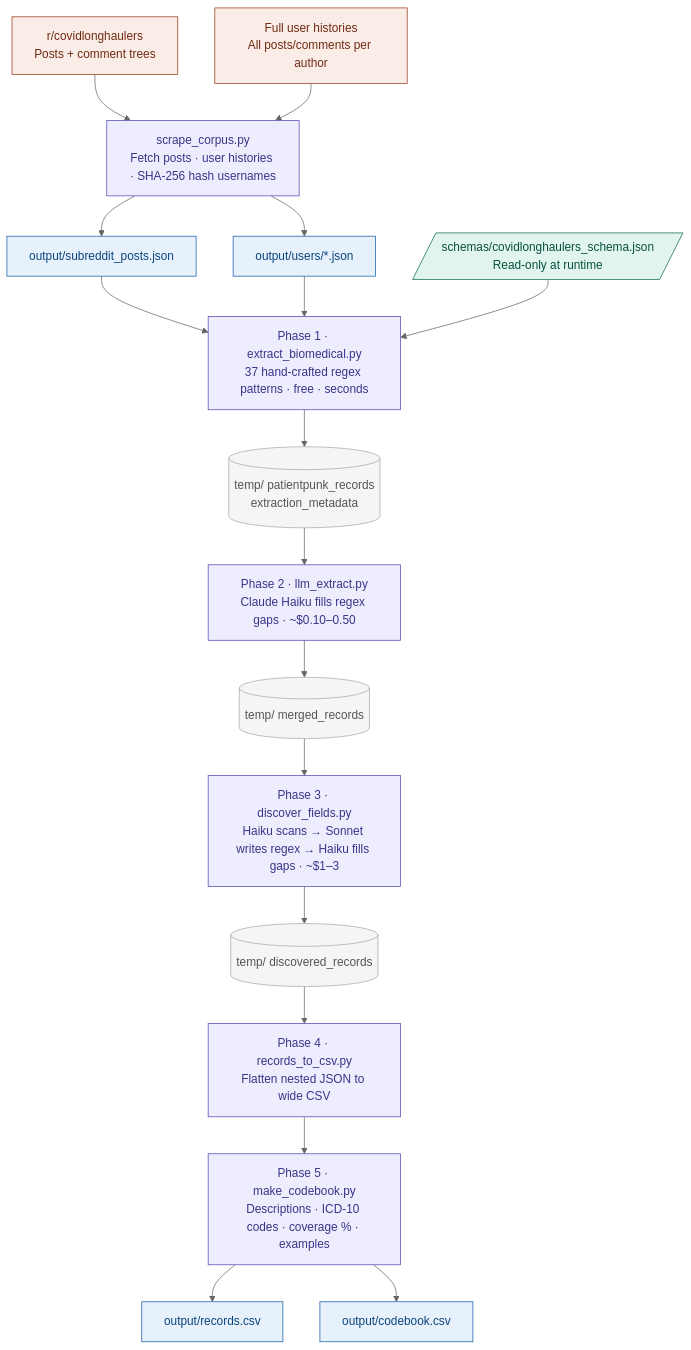
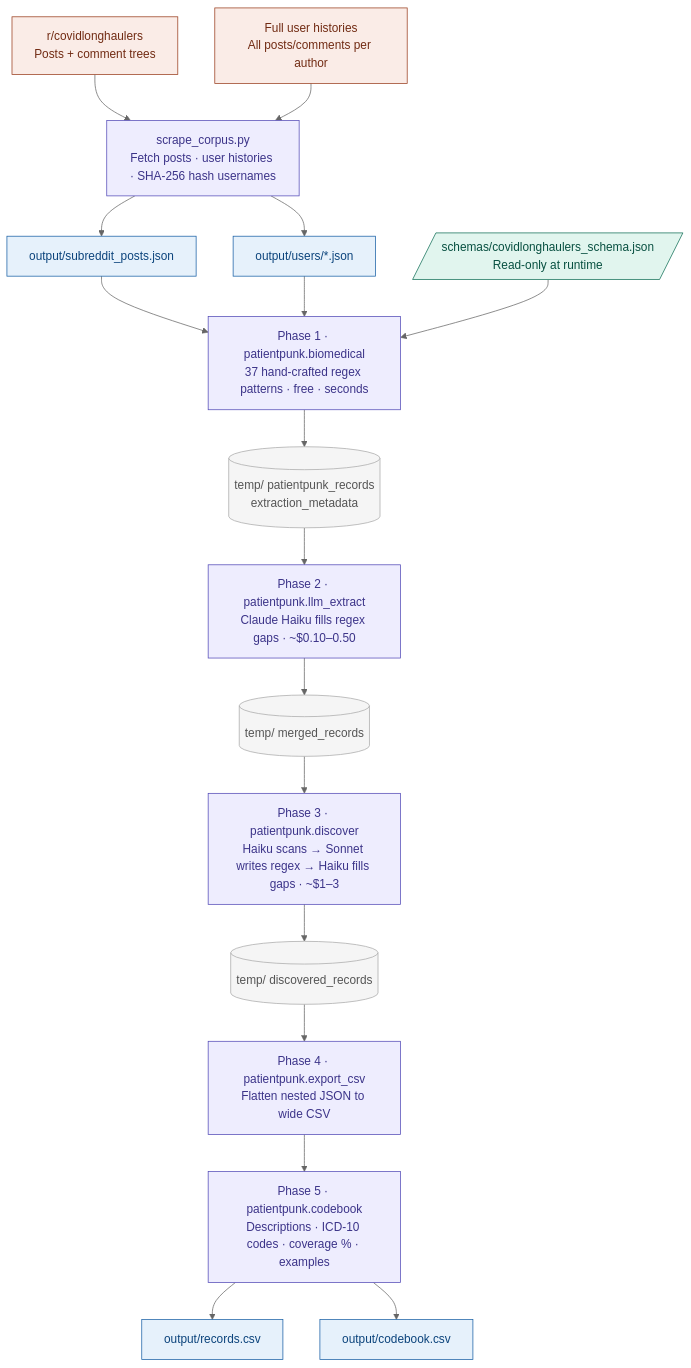
The diagram in variable_extraction/README.md (Ely-S/PatientPunk), drawn with Mermaid (neutral theme) before and after one commit. The commit also changed 11 other files, not shown here.

````diff
--- a/variable_extraction/README.md
+++ b/variable_extraction/README.md
@@ -166,34 +166,34 @@
 ```mermaid
 flowchart TD
     reddit["r/covidlonghaulers<br/>Posts + comment trees"]:::src
     uhist["Full user histories<br/>All posts/comments per author"]:::src
     scrape["scrape_corpus.py<br/>Fetch posts · user histories · SHA-256 hash usernames"]:::script
 
     reddit & uhist --> scrape
     scrape --> posts["output/subreddit_posts.json"]:::file
     scrape --> ufiles["output/users/*.json"]:::file
 
     schema[/"schemas/covidlonghaulers_schema.json<br/>Read-only at runtime"/]:::schema
 
     posts & ufiles --> p1
     schema --> p1
 
-    p1["Phase 1 · extract_biomedical.py<br/>37 hand-crafted regex patterns · free · seconds"]:::phase
+    p1["Phase 1 · patientpunk.biomedical<br/>37 hand-crafted regex patterns · free · seconds"]:::phase
     p1 --> t1[("temp/ patientpunk_records<br/>extraction_metadata")]:::temp
-    t1 --> p2["Phase 2 · llm_extract.py<br/>Claude Haiku fills regex gaps · ~$0.10–0.50"]:::phase
+    t1 --> p2["Phase 2 · patientpunk.llm_extract<br/>Claude Haiku fills regex gaps · ~$0.10–0.50"]:::phase
     p2 --> t2[("temp/ merged_records")]:::temp
-    t2 --> p3["Phase 3 · discover_fields.py<br/>Haiku scans → Sonnet writes regex → Haiku fills gaps · ~$1–3"]:::phase
+    t2 --> p3["Phase 3 · patientpunk.discover<br/>Haiku scans → Sonnet writes regex → Haiku fills gaps · ~$1–3"]:::phase
     p3 --> t3[("temp/ discovered_records")]:::temp
-    t3 --> p4["Phase 4 · records_to_csv.py<br/>Flatten nested JSON to wide CSV"]:::phase
-    p4 --> p5["Phase 5 · make_codebook.py<br/>Descriptions · ICD-10 codes · coverage % · examples"]:::phase
+    t3 --> p4["Phase 4 · patientpunk.export_csv<br/>Flatten nested JSON to wide CSV"]:::phase
+    p4 --> p5["Phase 5 · patientpunk.codebook<br/>Descriptions · ICD-10 codes · coverage % · examples"]:::phase
     p5 --> out1["output/records.csv"]:::out
     p5 --> out2["output/codebook.csv"]:::out
 
     classDef src    fill:#FAECE7,stroke:#993C1D,color:#712B13
     classDef script fill:#EEEDFE,stroke:#534AB7,color:#3C3489
     classDef file   fill:#E6F1FB,stroke:#185FA5,color:#0C447C
     classDef schema fill:#E1F5EE,stroke:#0F6E56,color:#085041
     classDef phase  fill:#EEEDFE,stroke:#534AB7,color:#3C3489
     classDef temp   fill:#F5F5F5,stroke:#aaa,color:#555
     classDef out    fill:#E6F1FB,stroke:#185FA5,color:#0C447C
 ```
````
